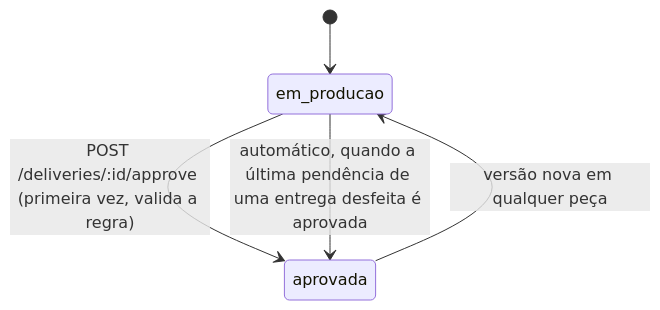
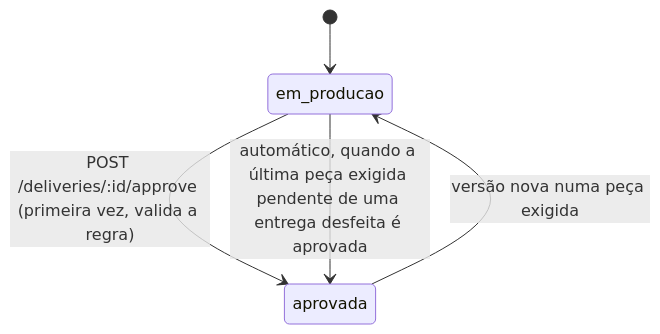
The second of 2 diagrams in docs/design.md (pPeterle/conty-challenge-revisao-video), drawn with Mermaid before and after one commit. The commit also changed other lines of this file, not shown here.

Commit message:
Design: só peça exigida desfaz a aprovação, com as três frases do enunciado

````diff
--- a/docs/design.md
+++ b/docs/design.md
@@ -49,7 +48,7 @@
 ```mermaid
 stateDiagram-v2
   [*] --> em_producao
   em_producao --> aprovada: POST /deliveries/:id/approve (primeira vez, valida a regra)
-  aprovada --> em_producao: versão nova em qualquer peça
-  em_producao --> aprovada: automático, quando a última pendência de uma entrega desfeita é aprovada
+  aprovada --> em_producao: versão nova numa peça exigida
+  em_producao --> aprovada: automático, quando a última peça exigida pendente de uma entrega desfeita é aprovada
 ```
````
